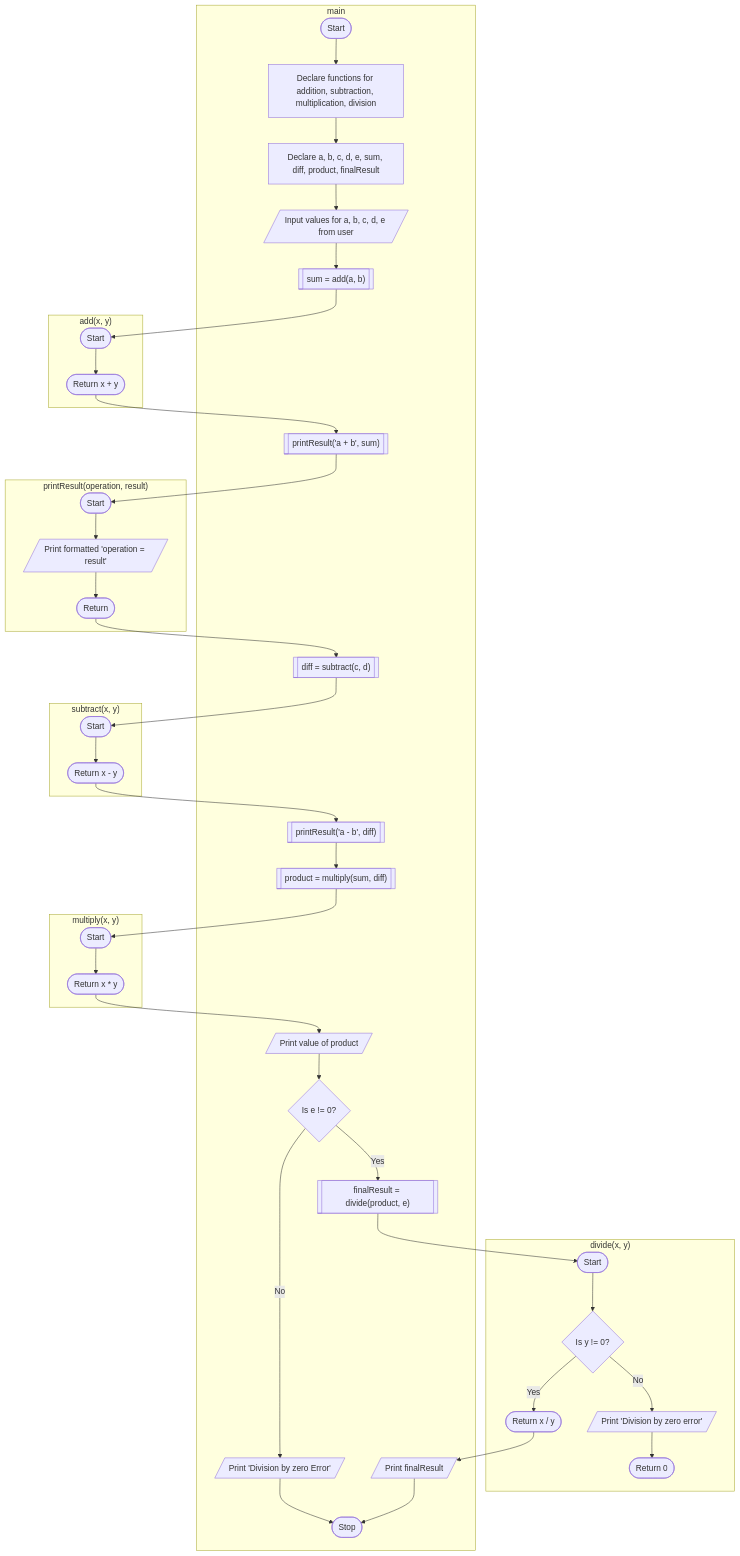
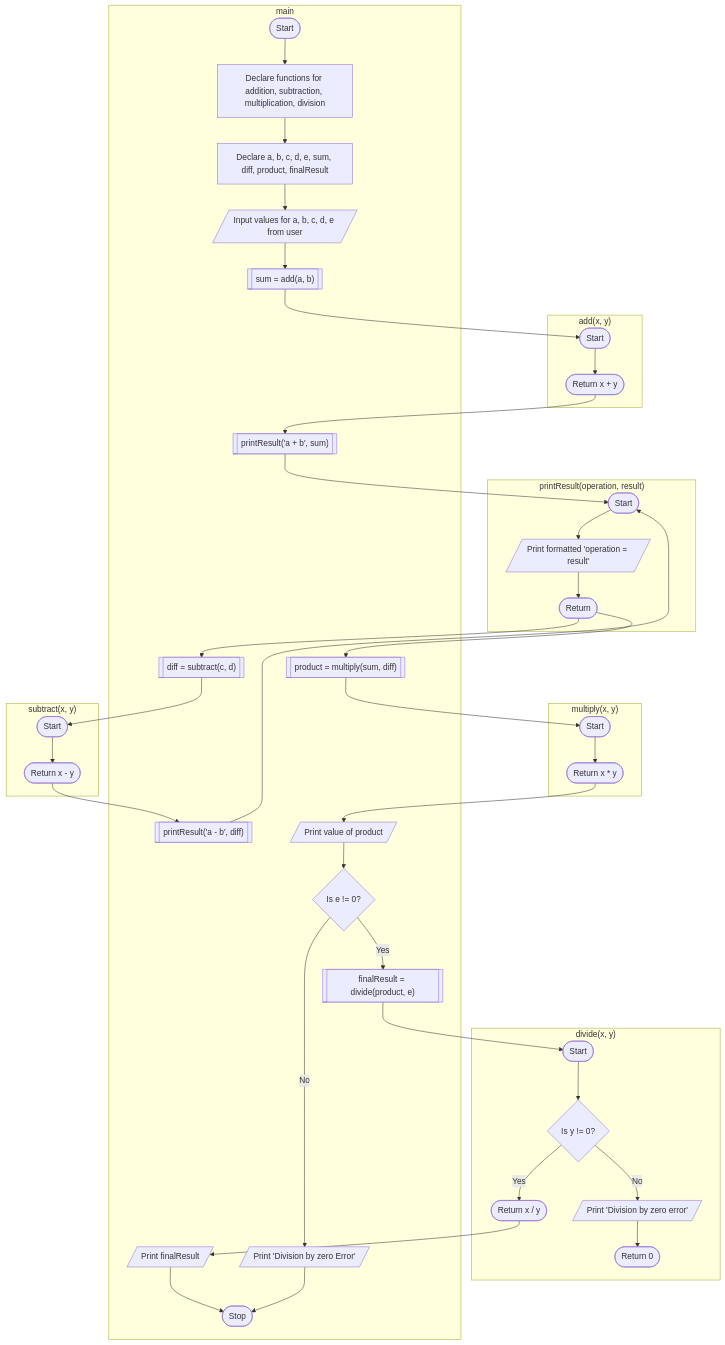
Before and after one commit to Vinit-source/Programming-for-problem-solving: the diagram in PR/P7 - Functions.md, drawn with Mermaid. The commit also changed other lines of this file, not shown here.

Commit message:
PR/P7 - Functions.md updated from https://stackedit.io/

````diff
--- a/PR/P7 - Functions.md
+++ b/PR/P7 - Functions.md
@@ -20,56 +20,57 @@
 ```mermaid
 graph TD;
 
 subgraph "add(x, y)" 
 	addStart([Start]);
 	B1([Return x + y]);
 	addStart --> B1;
 end
 subgraph "subtract(x, y)"
 	subStart([Start]);
 	B2([Return x - y]);
 	subStart --> B2;
 end
 subgraph "multiply(x, y)"
 	mulStart([Start]);
 	B3([Return x * y]);
 	mulStart --> B3;
 end
 subgraph "divide(x, y)"
 	divStart([Start]);
 	J{Is y != 0?};
     J -- Yes --> K([Return x / y]);
     J -- No --> M[/Print 'Division by zero error'/];
     divStart --> J;
     M --> MR([Return 0]);
 end
 subgraph "printResult(operation, result)"
 	printStart([Start]);
 	P[/Print formatted 'operation = result'/];
 	R([Return]);
 	printStart --> P;
 	P --> R;
 end
 subgraph main
     A([Start]) --> B[Declare functions for addition, subtraction, multiplication, division];
     B --> BB[Declare a, b, c, d, e, sum, diff, product, finalResult];
     BB --> C[/Input values for a, b, c, d, e from user/];
 	C --> CB[["sum = add(a, b)"]];
 	CB --> addStart;
 	B1 --> E[["printResult('a + b', sum)"]];
     E --> printStart;
     R --> F[["diff = subtract(c, d)"]];
     F --> subStart;
     B2 --> G[["printResult('a - b', diff)"]];
-    G --> H[["product = multiply(sum, diff)"]];
+    G --> printStart;
+    R --> H[["product = multiply(sum, diff)"]];
     H --> mulStart;
     B3 --> I[/Print value of product/];
     I --> DB0{Is e != 0?};
     DB0 -- Yes --> I1[["finalResult = divide(product, e)"]];
     I1 --> divStart;
     K --> L[/Print finalResult/];
     L --> N([Stop]);
     DB0 -- No --> N0[/"Print 'Division by zero Error'"/];
     N0 --> N
    end
 ```
````
